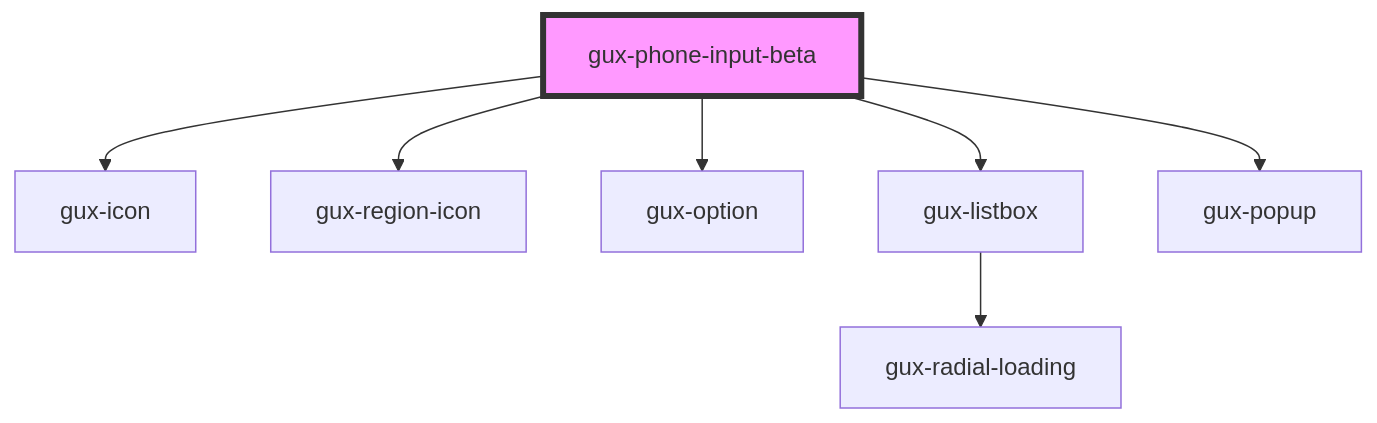
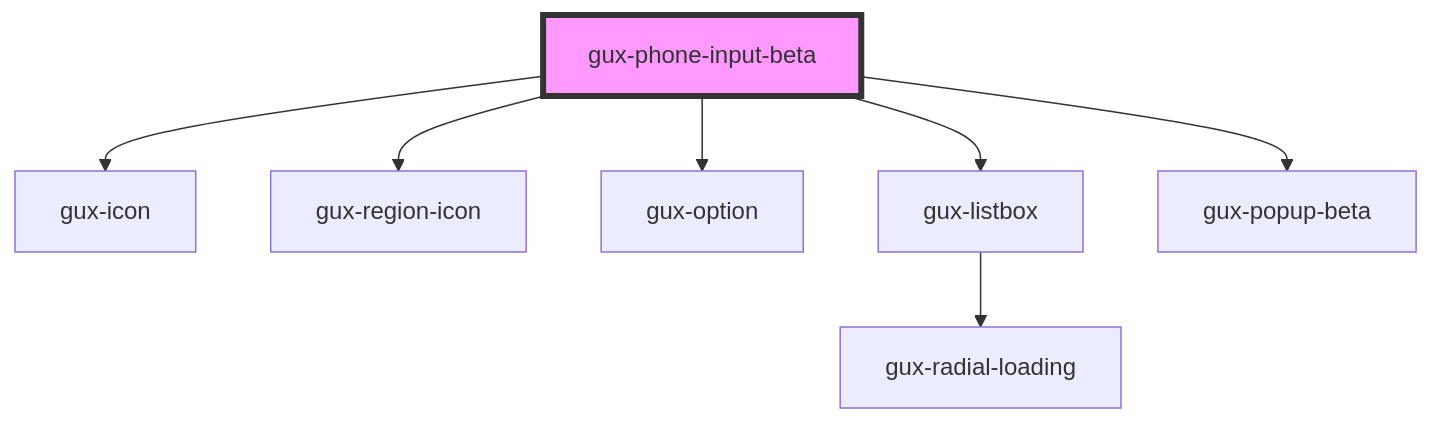
The diagram in src/components/beta/gux-phone-input/readme.md (MyPureCloud/genesys-spark), drawn with Mermaid before and after one commit. The commit also changed other lines of this file and 36 other files, not shown here.

First line of the commit message:
feat(gux-popup-beta): replace gux-popup with gux-popup-beta in components (#1145)

````diff
--- a/src/components/beta/gux-phone-input/readme.md
+++ b/src/components/beta/gux-phone-input/readme.md
@@ -39,10 +39,10 @@
 ```mermaid
 graph TD;
   gux-phone-input-beta --> gux-icon
   gux-phone-input-beta --> gux-region-icon
   gux-phone-input-beta --> gux-option
   gux-phone-input-beta --> gux-listbox
-  gux-phone-input-beta --> gux-popup
+  gux-phone-input-beta --> gux-popup-beta
   gux-listbox --> gux-radial-loading
   style gux-phone-input-beta fill:#f9f,stroke:#333,stroke-width:4px
 ```
````
